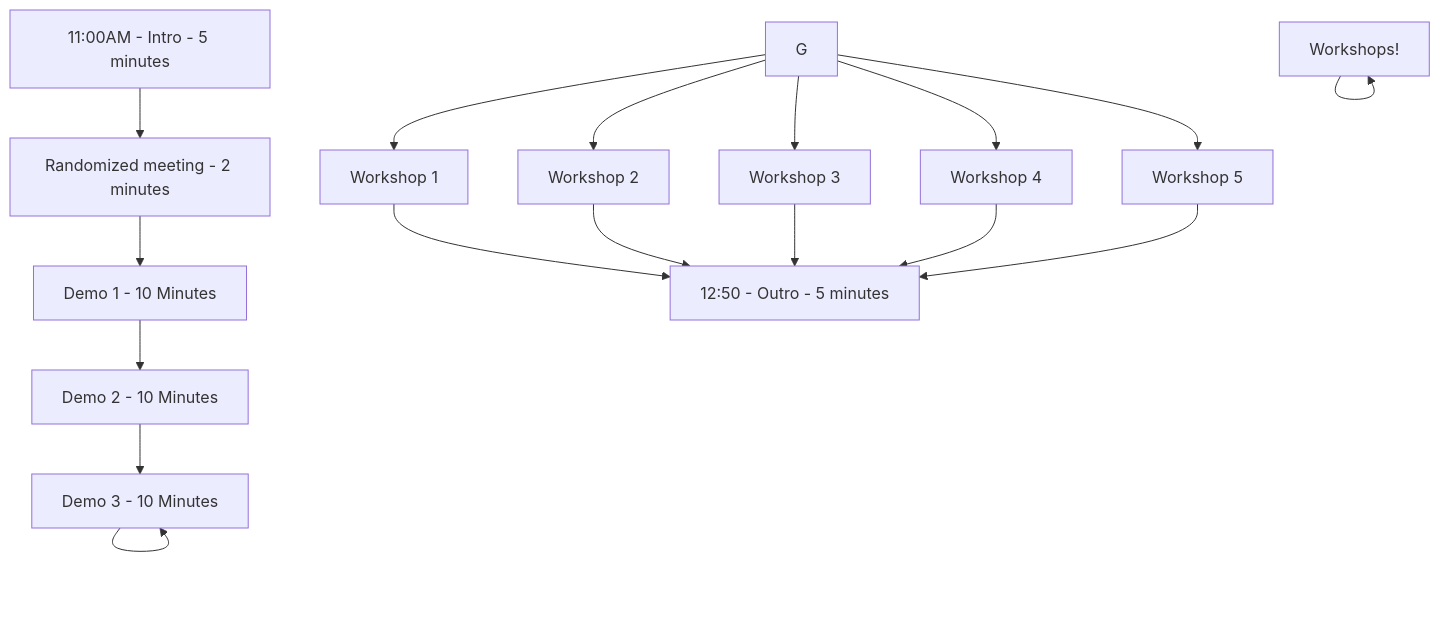
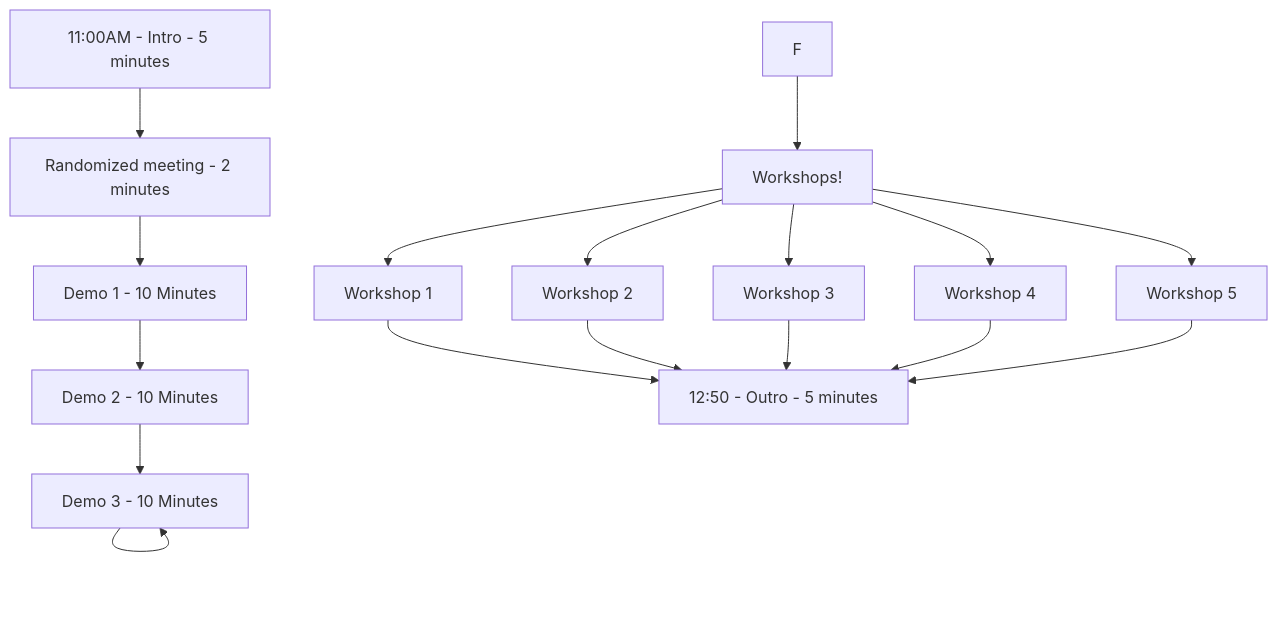
The diagram in Structure.md (Brale-xyz/dayzero), drawn with Mermaid before and after one commit.

````diff
--- a/Structure.md
+++ b/Structure.md
@@ -1,17 +1,17 @@
 ```mermaid
 graph TD
     A[11:00AM - Intro - 5 minutes] --> B[Randomized meeting - 2 minutes]
     B --> C[Demo 1 - 10 Minutes]
     C --> D[Demo 2 - 10 Minutes]
     D --> E[Demo 3 - 10 Minutes]
     E --> E[Demo 3 - 10 Minutes]
-    F --> F[Workshops!]
+    F --> G[Workshops!]
     
     G --> H[Workshop 1]
     G --> I[Workshop 2]
     G --> J[Workshop 3]
     G --> K[Workshop 4]
     G --> L[Workshop 5]
     
     H & I & J & K & L --> N[12:50 - Outro - 5 minutes]
 ```
````
